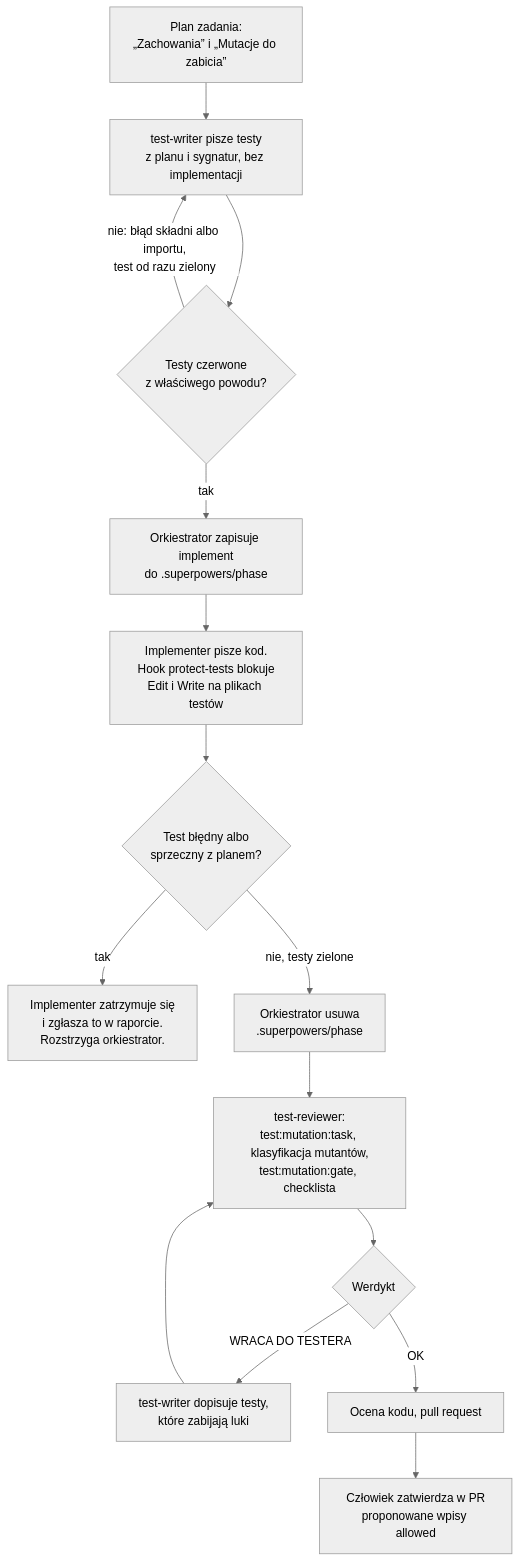
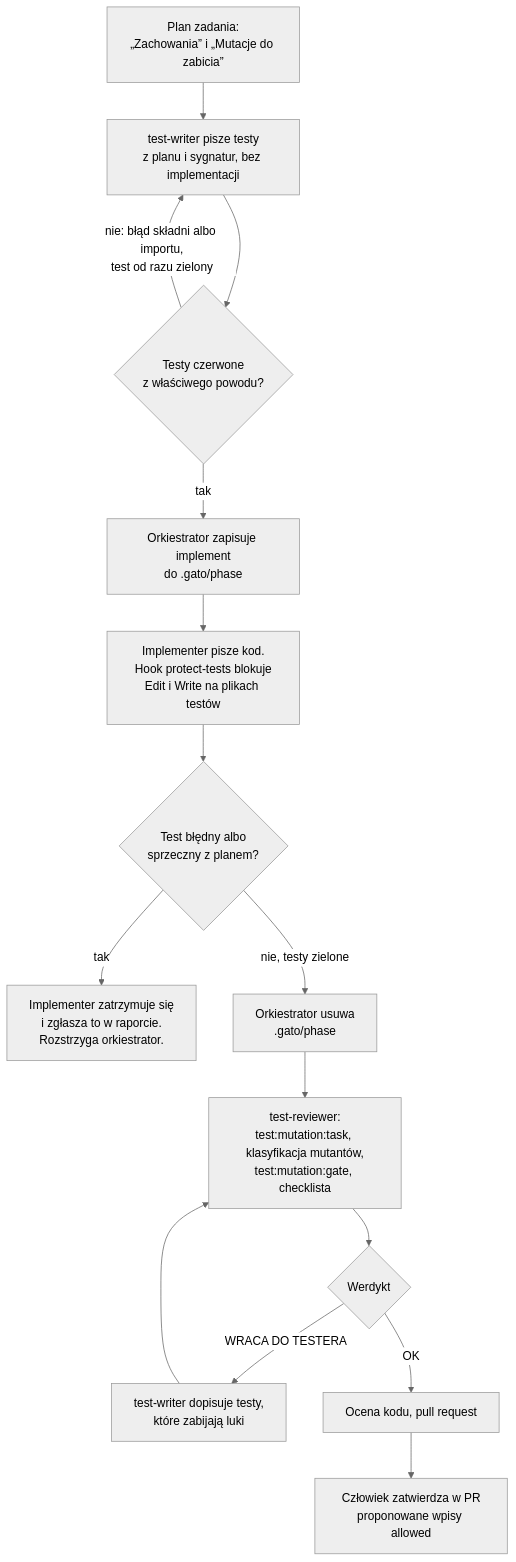
The diagram in docs/08b-testy-adwersarialne.md (webamigos/gatojs), drawn with Mermaid (neutral theme) before and after one commit. The commit also changed other lines of this file and 12 other files, not shown here.

Commit message:
docs: name .gato/phase as the phase file and note the legacy read

````diff
--- a/docs/08b-testy-adwersarialne.md
+++ b/docs/08b-testy-adwersarialne.md
@@ -89,17 +89,17 @@
 ```mermaid
 flowchart TD
     plan["Plan zadania:<br/>„Zachowania” i „Mutacje do zabicia”"] --> writer["test-writer pisze testy<br/>z planu i sygnatur, bez implementacji"]
     writer --> red{"Testy czerwone<br/>z właściwego powodu?"}
     red -->|"nie: błąd składni albo importu,<br/>test od razu zielony"| writer
-    red -->|"tak"| phaseOn["Orkiestrator zapisuje implement<br/>do .superpowers/phase"]
+    red -->|"tak"| phaseOn["Orkiestrator zapisuje implement<br/>do .gato/phase"]
     phaseOn --> impl["Implementer pisze kod.<br/>Hook protect-tests blokuje<br/>Edit i Write na plikach testów"]
     impl --> wrong{"Test błędny albo<br/>sprzeczny z planem?"}
     wrong -->|"tak"| report["Implementer zatrzymuje się<br/>i zgłasza to w raporcie.<br/>Rozstrzyga orkiestrator."]
-    wrong -->|"nie, testy zielone"| phaseOff["Orkiestrator usuwa<br/>.superpowers/phase"]
+    wrong -->|"nie, testy zielone"| phaseOff["Orkiestrator usuwa<br/>.gato/phase"]
     phaseOff --> reviewer["test-reviewer:<br/>test:mutation:task, klasyfikacja mutantów,<br/>test:mutation:gate, checklista"]
     reviewer --> verdict{"Werdykt"}
     verdict -->|"WRACA DO TESTERA"| fix["test-writer dopisuje testy,<br/>które zabijają luki"]
     fix --> reviewer
     verdict -->|"OK"| review["Ocena kodu, pull request"]
     review --> human["Człowiek zatwierdza w PR<br/>proponowane wpisy allowed"]
 ```
````
